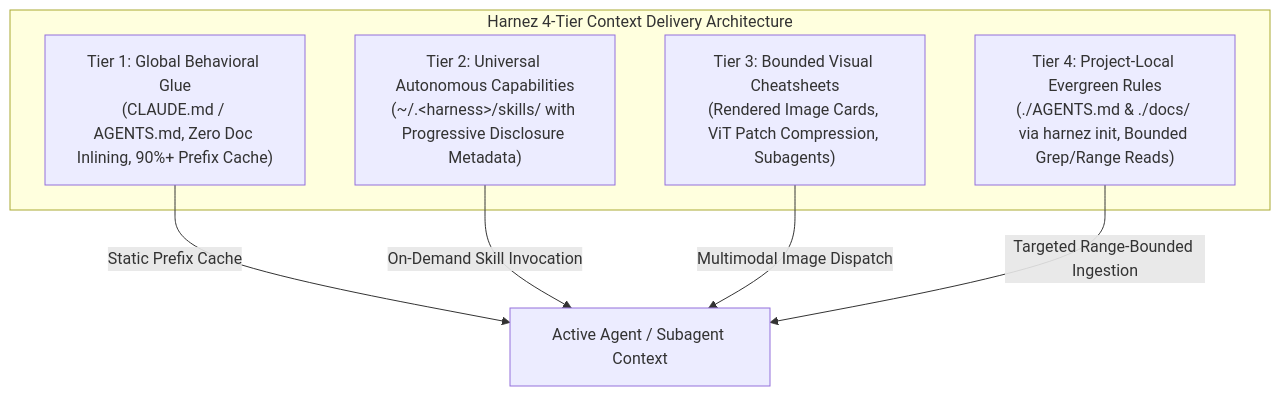
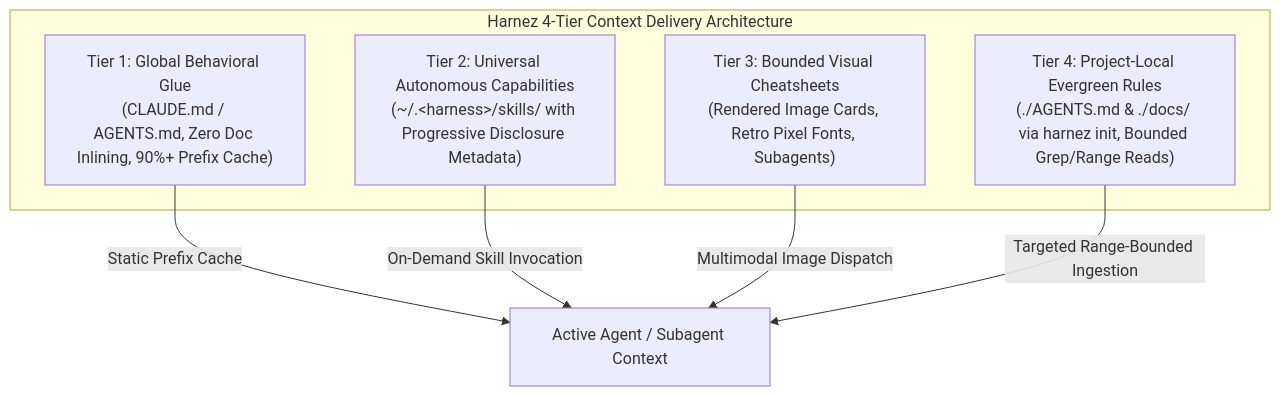
One commit to ubunatic/harnez changed the diagram in docs/MultimodalContextDelivery.md. Above: the diagram before and after it, drawn with Mermaid. The commit also changed other lines of this file and 1 other file, not shown here.

Commit message:
docs: update MultimodalContextDelivery.md with landed CLI verbs and retro pixel font metrics, also add one-shot story about pixel festures

````diff
--- a/docs/MultimodalContextDelivery.md
+++ b/docs/MultimodalContextDelivery.md
@@ -20,14 +21,14 @@
 ```mermaid
 flowchart TD
     subgraph Tiers["Harnez 4-Tier Context Delivery Architecture"]
         T1["Tier 1: Global Behavioral Glue<br/>(CLAUDE.md / AGENTS.md, Zero Doc Inlining, 90%+ Prefix Cache)"]
         T2["Tier 2: Universal Autonomous Capabilities<br/>(~/.&lt;harness&gt;/skills/ with Progressive Disclosure Metadata)"]
-        T3["Tier 3: Bounded Visual Cheatsheets<br/>(Rendered Image Cards, ViT Patch Compression, Subagents)"]
+        T3["Tier 3: Bounded Visual Cheatsheets<br/>(Rendered Image Cards, Retro Pixel Fonts, Subagents)"]
         T4["Tier 4: Project-Local Evergreen Rules<br/>(./AGENTS.md & ./docs/ via harnez init, Bounded Grep/Range Reads)"]
     end
 
     T1 -->|Static Prefix Cache| Agent[Active Agent / Subagent Context]
     T2 -->|On-Demand Skill Invocation| Agent
     T3 -->|Multimodal Image Dispatch| Agent
     T4 -->|Targeted Range-Bounded Ingestion| Agent
 ```
````
